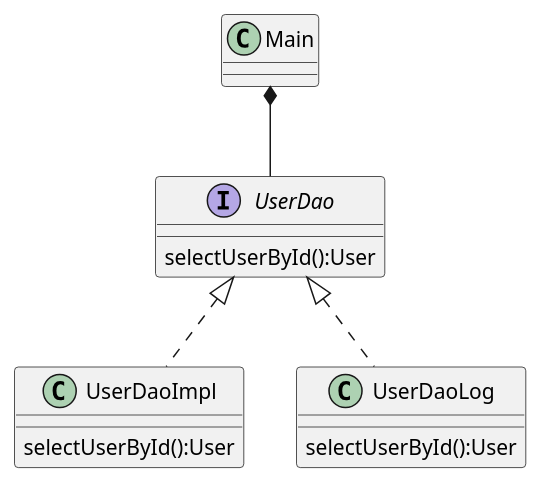
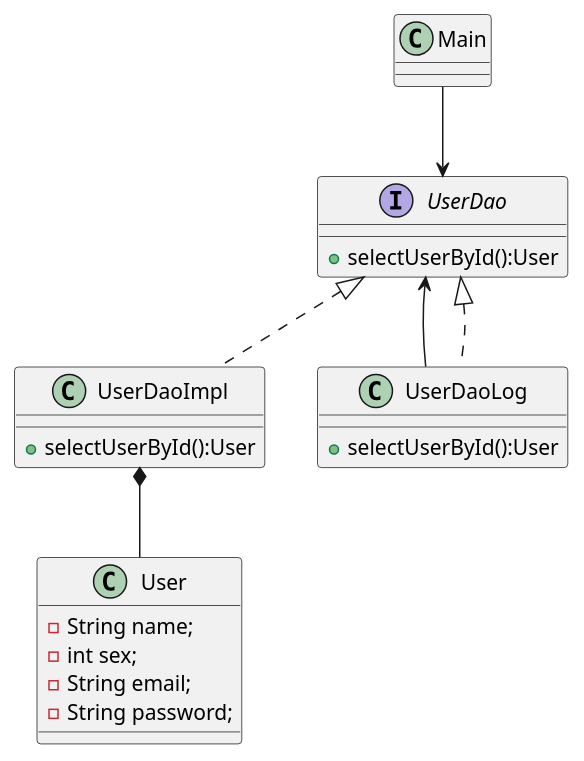
One commit to coder-tq/Software-design-and-architecture changed the diagram in experiments/proxy/UML.puml. Above: the diagram before and after it, drawn with PlantUML. The commit also changed 3 other files, not shown here.

Commit message:
更新类图

```diff
--- a/experiments/proxy/UML.puml
+++ b/experiments/proxy/UML.puml
@@ -1,20 +1,28 @@
 @startuml
 
 interface UserDao{
-selectUserById():User
++selectUserById():User
+}
+
+class User{
+    -String name;
+    -int sex;
+    -String email;
+    -String password;
 }
 
 class UserDaoImpl{
-selectUserById():User
++selectUserById():User
 }
 
 class UserDaoLog{
-selectUserById():User
++selectUserById():User
 }
 
-Main *-- UserDao
+UserDao <-- UserDaoLog
+Main --> UserDao
 UserDao <|.. UserDaoImpl
 UserDao <|.. UserDaoLog
-
+UserDaoImpl *-- User
 
 @enduml
```
